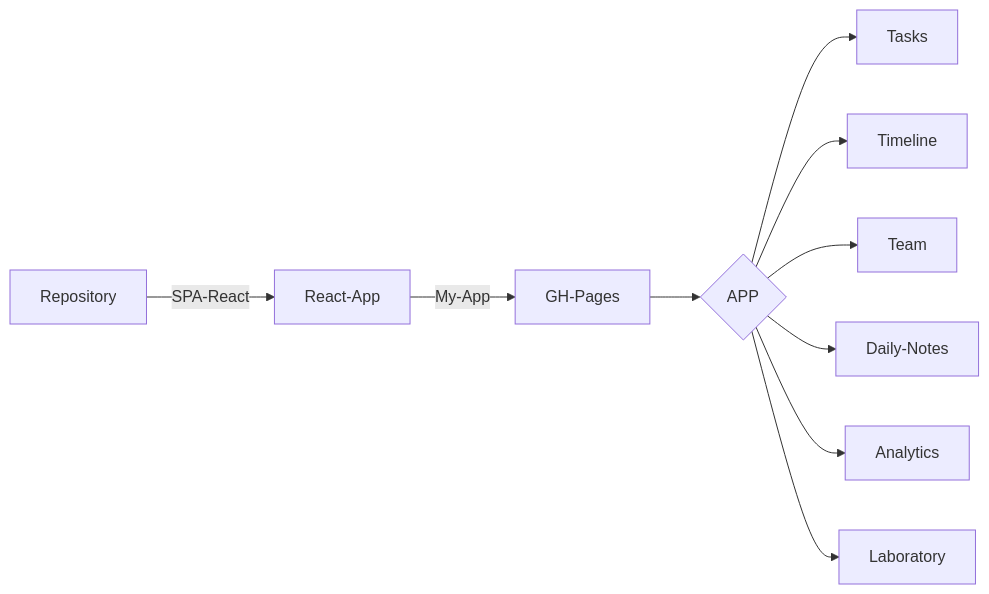
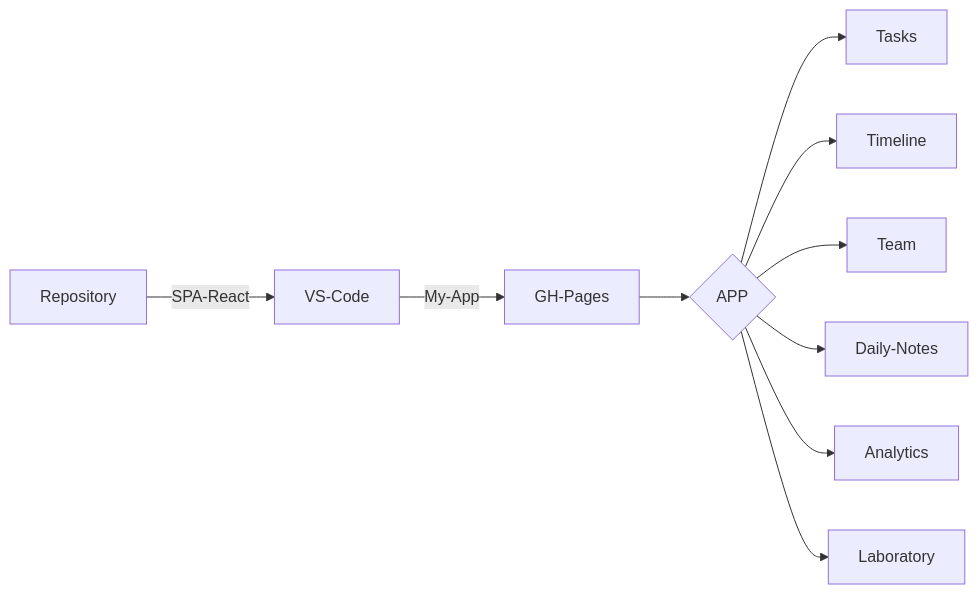
One commit to SauloCandeira/SPA-React changed the diagram in README.md. Above: the diagram before and after it, drawn with Mermaid.

````diff
--- a/README.md
+++ b/README.md
@@ -16,14 +16,14 @@
 ```mermaid
 flowchart LR
 X[Repository] -->|SPA-React| A[VS-Code]
-A[React-App] -->|My-App| B[GH-Pages]
+A[VS-Code] -->|My-App| B[GH-Pages]
 
 B --> C{APP}
 C --> J[Tasks]
 C --> K[Timeline]
 C --> L[Team]
 C --> M[Daily-Notes]
 C --> N[Analytics]
 C --> O[Laboratory]
 
 ```
````
